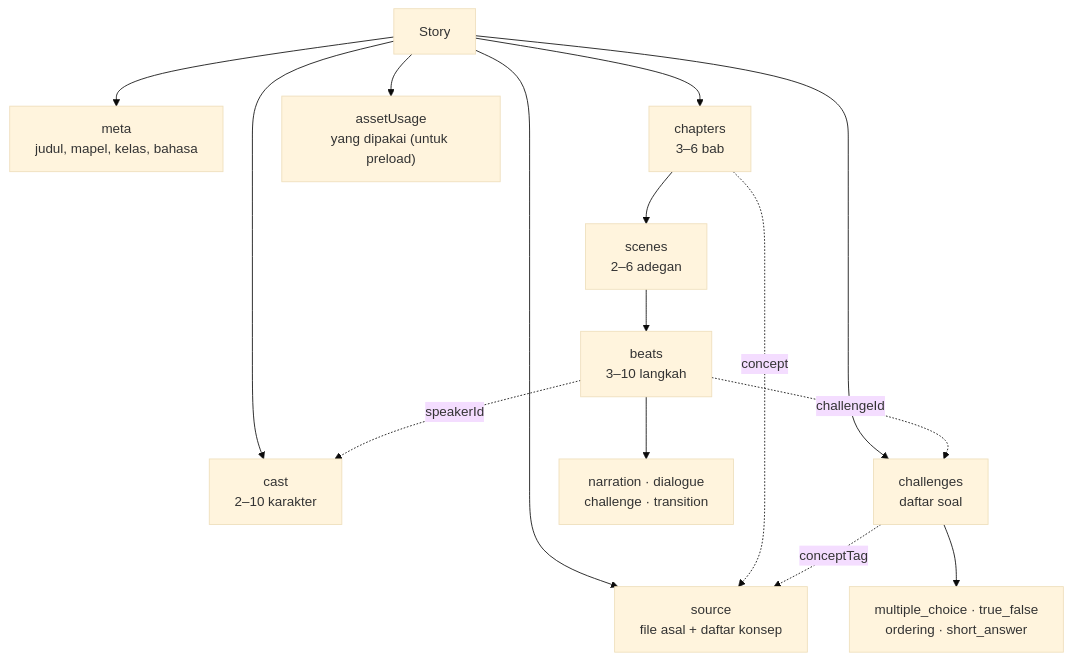
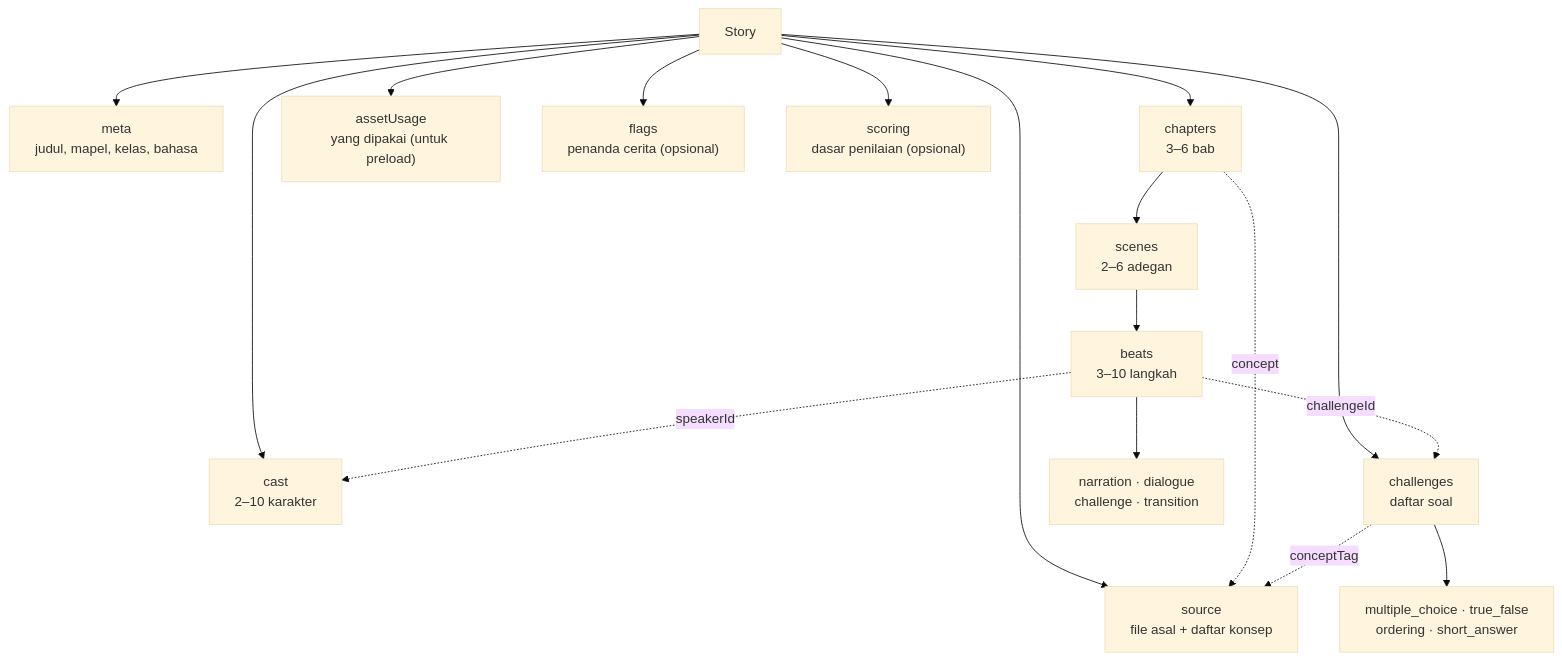
One commit to justeita/ClassQuest changed the diagram in docs/02-data-model/story-schema.md. Above: the diagram before and after it, drawn with Mermaid (base theme). The commit also changed other lines of this file and 11 other files, not shown here.

Commit message:
feat: tambah kontrak cerita bercabang (flags, onWrong, textVariants)

````diff
--- a/docs/02-data-model/story-schema.md
+++ b/docs/02-data-model/story-schema.md
@@ -43,20 +43,22 @@
 ```mermaid
 flowchart TD
   S["Story"] --> M["meta<br/>judul, mapel, kelas, bahasa"]
   S --> SR["source<br/>file asal + daftar konsep"]
   S --> C["cast<br/>2–10 karakter"]
   S --> CH["chapters<br/>3–6 bab"]
   S --> CL["challenges<br/>daftar soal"]
   S --> AU["assetUsage<br/>yang dipakai (untuk preload)"]
+  S --> F["flags<br/>penanda cerita (opsional)"]
+  S --> SCO["scoring<br/>dasar penilaian (opsional)"]
 
   CH --> SC["scenes<br/>2–6 adegan"]
   SC --> B["beats<br/>3–10 langkah"]
   B --> BT["narration · dialogue<br/>challenge · transition"]
 
   CL --> QT["multiple_choice · true_false<br/>ordering · short_answer"]
 
   B -.->|"challengeId"| CL
   B -.->|"speakerId"| C
   CH -.->|"concept"| SR
   CL -.->|"conceptTag"| SR
 ```
````
